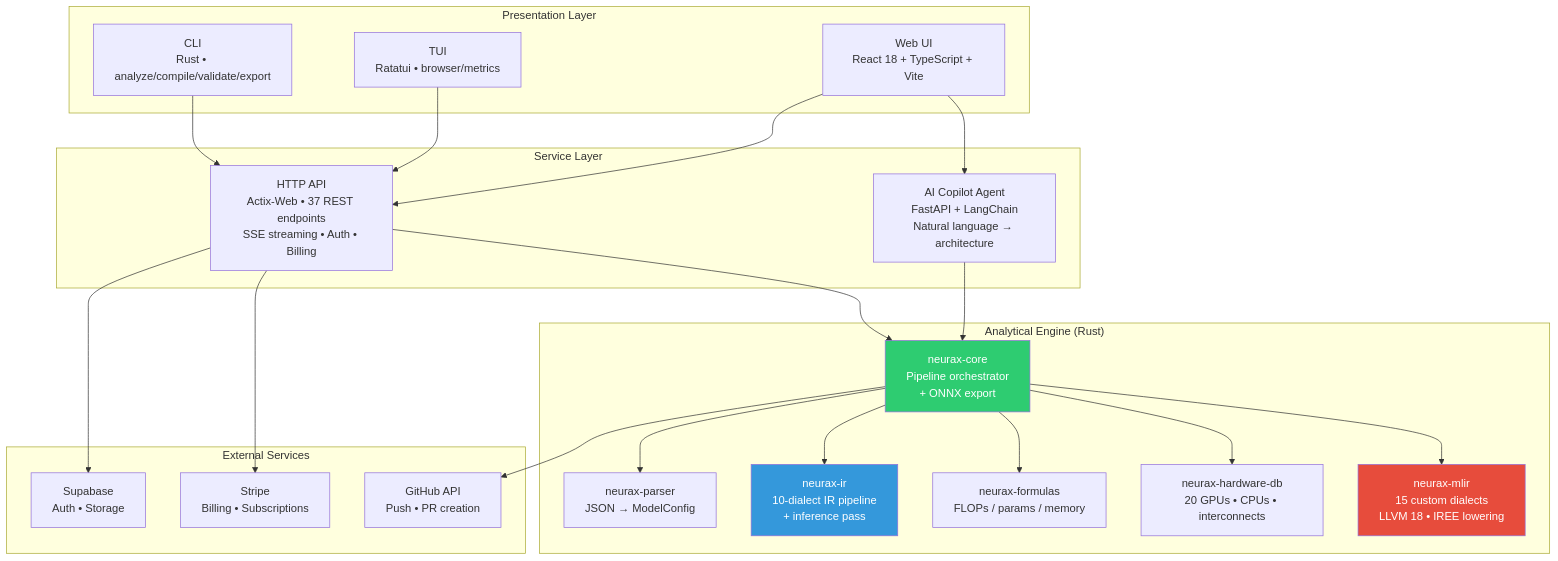
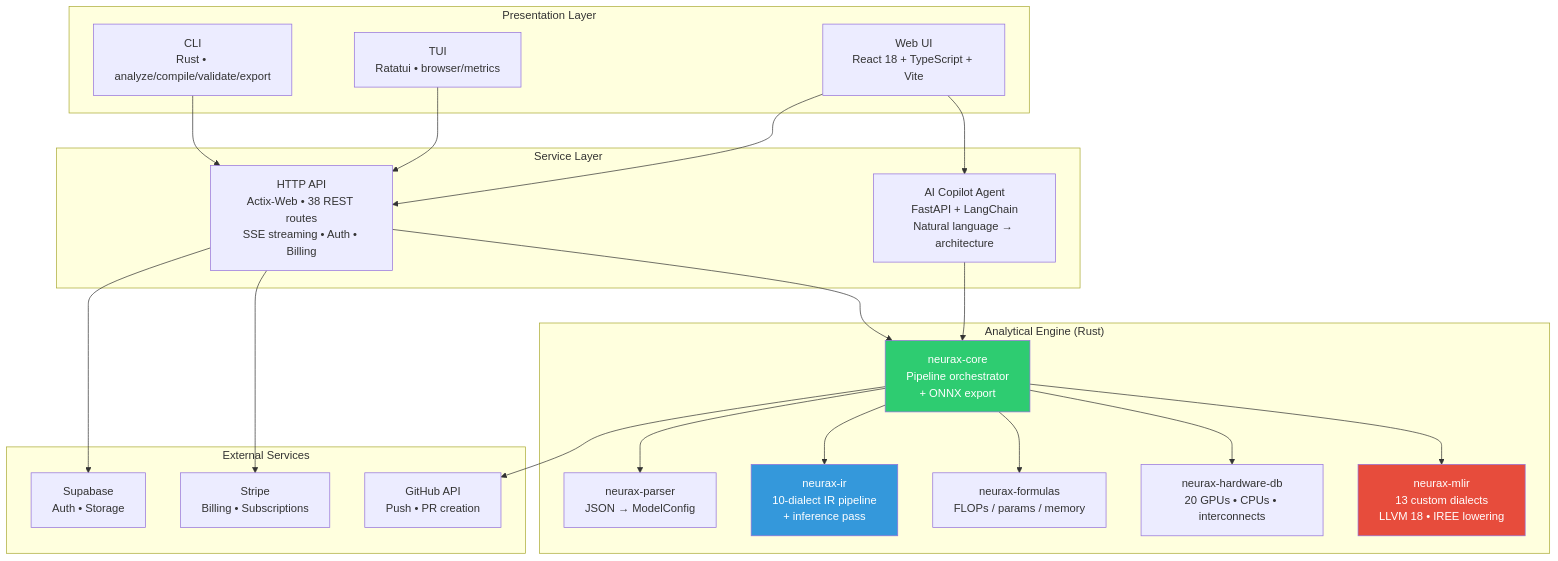
One commit to NEURAX-canvas/NEURAX changed the second of 6 diagrams in README.md. Above: the diagram before and after it, drawn with Mermaid. The commit also changed other lines of this file, not shown here.

````diff
--- a/README.md
+++ b/README.md
@@ -89,50 +89,50 @@
 ```mermaid
 graph TB
     subgraph "Presentation Layer"
         CLI["CLI<br/>Rust • analyze/compile/validate/export"]
         TUI["TUI<br/>Ratatui • browser/metrics"]
         WEB_UI["Web UI<br/>React 18 + TypeScript + Vite"]
     end
     
     subgraph "Service Layer"
-        HTTP_API["HTTP API<br/>Actix-Web • 37 REST endpoints<br/>SSE streaming • Auth • Billing"]
+        HTTP_API["HTTP API<br/>Actix-Web • 38 REST routes<br/>SSE streaming • Auth • Billing"]
         AI_AGENT["AI Copilot Agent<br/>FastAPI + LangChain<br/>Natural language → architecture"]
     end
     
     subgraph "Analytical Engine (Rust)"
         PARSER["neurax-parser<br/>JSON → ModelConfig"]
         IR["neurax-ir<br/>10-dialect IR pipeline<br/>+ inference pass"]
         CORE["neurax-core<br/>Pipeline orchestrator<br/>+ ONNX export"]
         FORMULAS["neurax-formulas<br/>FLOPs / params / memory"]
         HWDB["neurax-hardware-db<br/>20 GPUs • CPUs • interconnects"]
-        MLIR["neurax-mlir<br/>15 custom dialects<br/>LLVM 18 • IREE lowering"]
+        MLIR["neurax-mlir<br/>13 custom dialects<br/>LLVM 18 • IREE lowering"]
     end
     
     subgraph "External Services"
         SUPABASE["Supabase<br/>Auth • Storage"]
         STRIPE["Stripe<br/>Billing • Subscriptions"]
         GITHUB["GitHub API<br/>Push • PR creation"]
     end
 
     CLI --> HTTP_API
     TUI --> HTTP_API
     WEB_UI --> HTTP_API
     WEB_UI --> AI_AGENT
     
     HTTP_API --> CORE
     AI_AGENT --> CORE
     
     CORE --> PARSER
     CORE --> IR
     CORE --> FORMULAS
     CORE --> HWDB
     CORE --> MLIR
     CORE --> GITHUB
     
     HTTP_API --> SUPABASE
     HTTP_API --> STRIPE
     
     style CORE fill:#2ecc71,color:#fff
     style IR fill:#3498db,color:#fff
     style MLIR fill:#e74c3c,color:#fff
 ```
````
